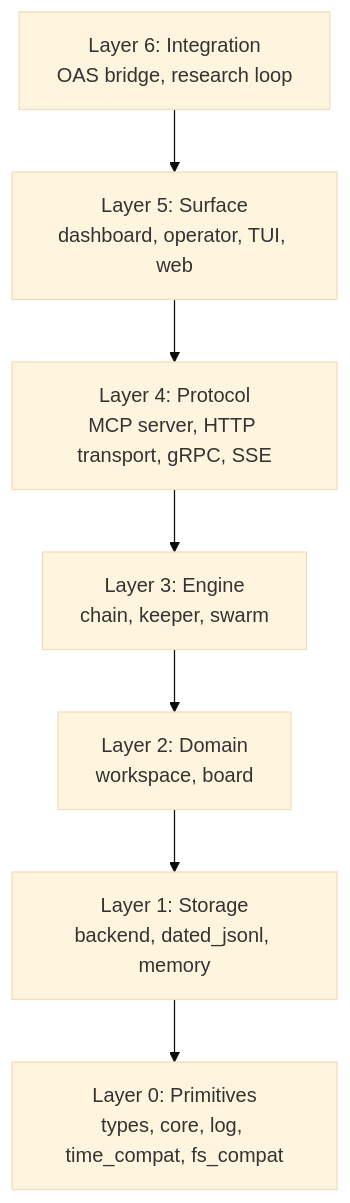
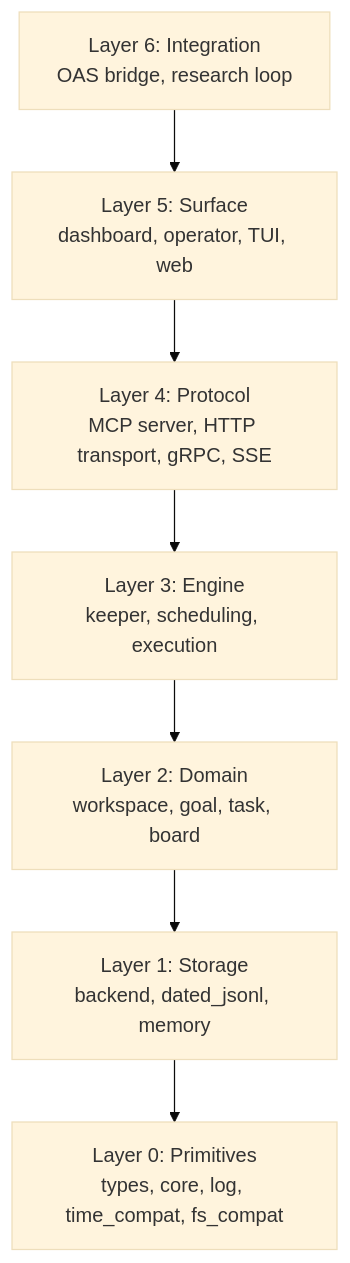
Before and after one commit to jeong-sik/masc: the diagram in docs/spec/SPEC-INDEX.md, drawn with Mermaid (base theme). The commit also changed other lines of this file and 154 other files, not shown here.

````diff
--- a/docs/spec/SPEC-INDEX.md
+++ b/docs/spec/SPEC-INDEX.md
@@ -40,17 +40,17 @@
 ```mermaid
 graph TB
     L6["Layer 6: Integration<br/>OAS bridge, research loop"]
     L5["Layer 5: Surface<br/>dashboard, operator, TUI, web"]
     L4["Layer 4: Protocol<br/>MCP server, HTTP transport, gRPC, SSE"]
-    L3["Layer 3: Engine<br/>chain, keeper, swarm"]
-    L2["Layer 2: Domain<br/>workspace, board"]
+    L3["Layer 3: Engine<br/>keeper, scheduling, execution"]
+    L2["Layer 2: Domain<br/>workspace, goal, task, board"]
     L1["Layer 1: Storage<br/>backend, dated_jsonl, memory"]
     L0["Layer 0: Primitives<br/>types, core, log, time_compat, fs_compat"]
 
     L6 --> L5
     L5 --> L4
     L4 --> L3
     L3 --> L2
     L2 --> L1
     L1 --> L0
 ```
````
